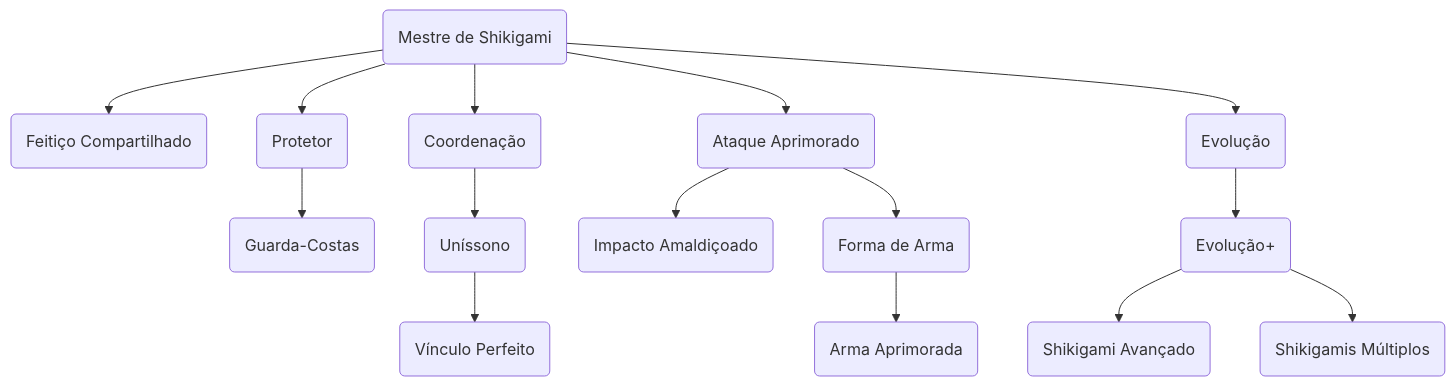
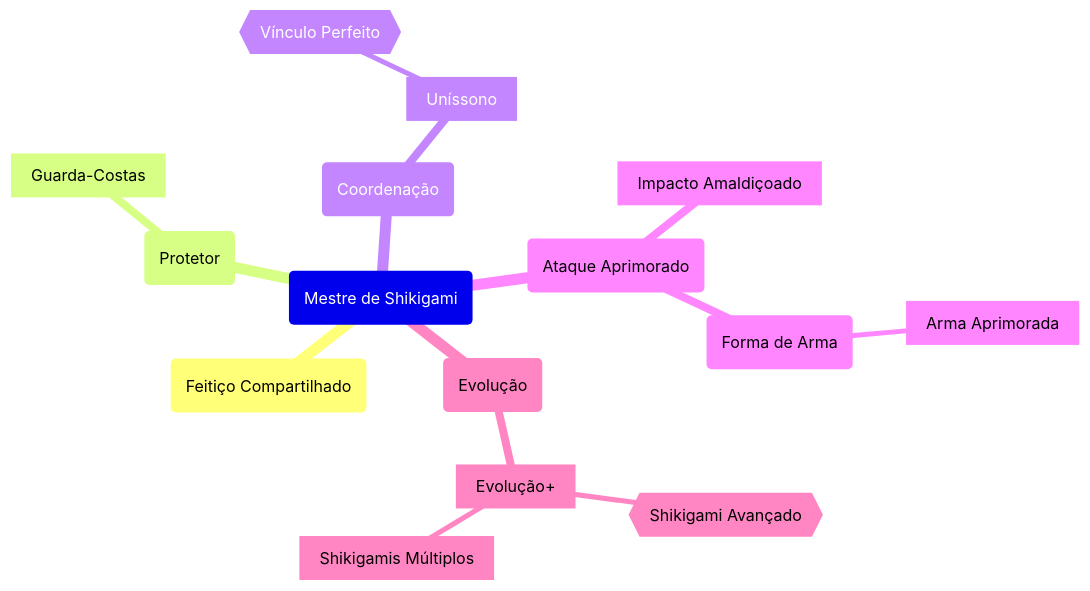
The diagram in content/Talentos/Shikigami.md (LuanSilveiraSouza/dnd-5e-jjk-suplement), drawn with Mermaid before and after one commit. The commit also changed other lines of this file and 17 other files, not shown here.

````diff
--- a/content/Talentos/Shikigami.md
+++ b/content/Talentos/Shikigami.md
@@ -1,21 +2,18 @@
 ```mermaid
-flowchart TD
-id11(Mestre de Shikigami) --> id12(Feitiço Compartilhado)
-
-id11 --> id21(Protetor)
-id21 --> id22(Guarda-Costas)
-
-id11 --> id31(Coordenação)
-id31 --> id32(Uníssono)
-id32 --> id33(Vínculo Perfeito)
-
-id11 --> id41(Ataque Aprimorado)
-id41 --> id42(Impacto Amaldiçoado)
-id41 --> id43(Forma de Arma)
-id43 --> id44(Arma Aprimorada)
-
-id11 --> id51(Evolução)
-id51 --> id52(Evolução+)
-id52 --> id53(Shikigami Avançado)
-id52 --> id54(Shikigamis Múltiplos)
+mindmap
+(Mestre de Shikigami)
+	(Feitiço Compartilhado)
+	(Protetor)
+		[Guarda-Costas]
+	(Coordenação)
+		[Uníssono]
+			{{Vínculo Perfeito}}
+	(Ataque Aprimorado)
+		[Impacto Amaldiçoado]
+		(Forma de Arma)
+			[Arma Aprimorada]
+	(Evolução)
+		[Evolução+]
+			{{Shikigami Avançado}}
+			[Shikigamis Múltiplos]
 ```
````
